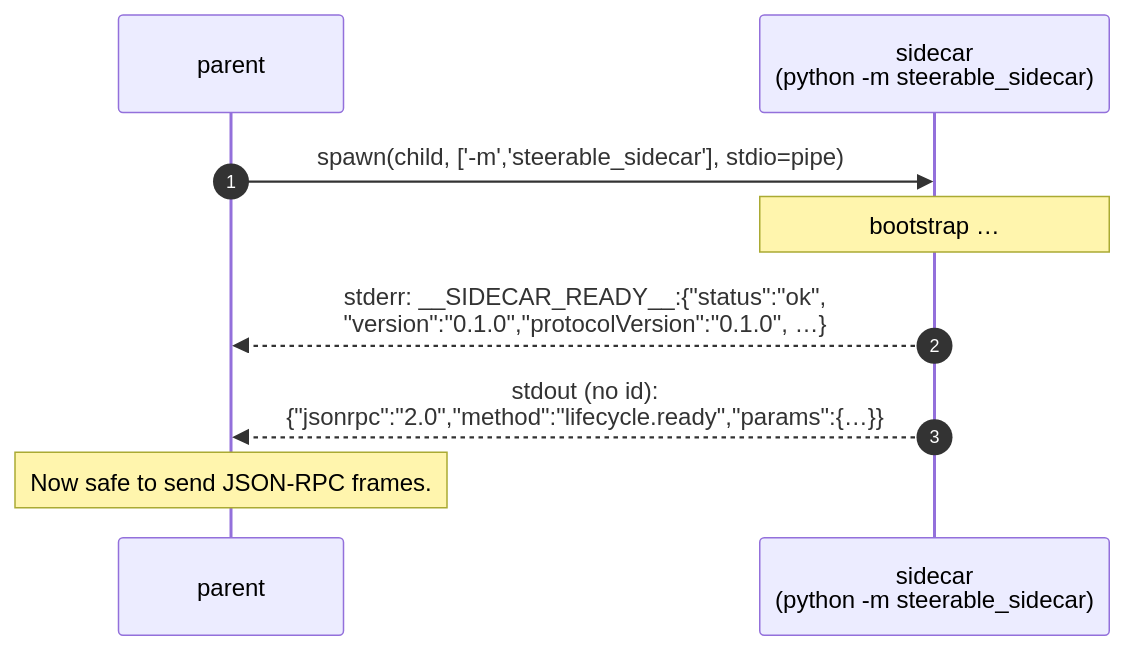
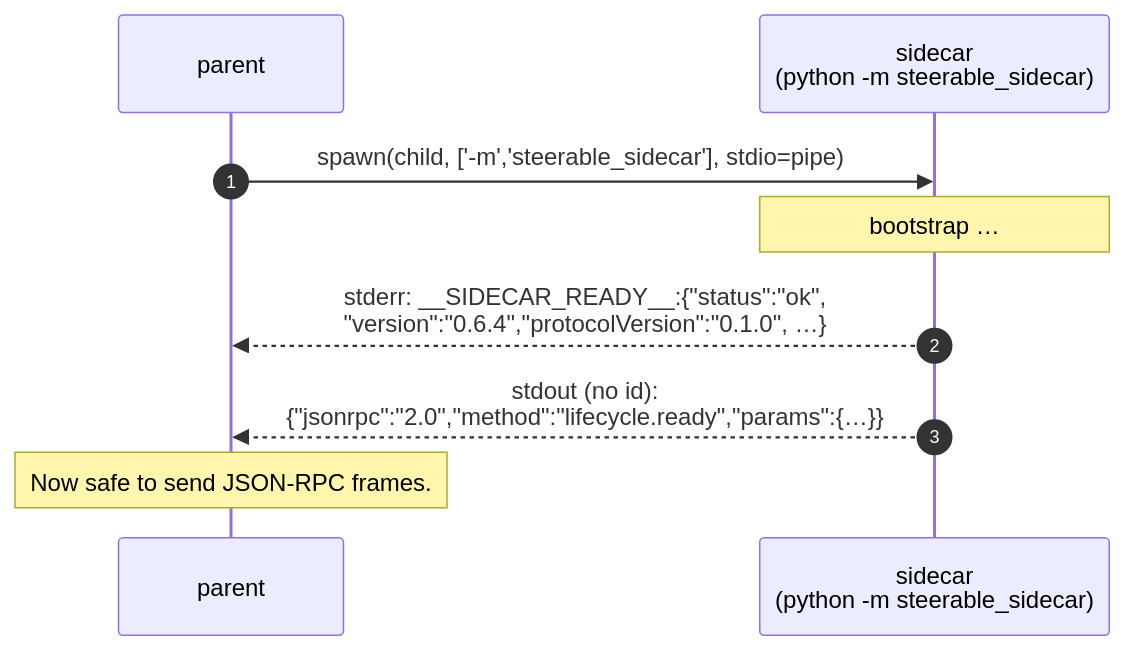
Before and after one commit to pathlyapp/opensteerable: the diagram in docs/spec/sidecar.md, drawn with Mermaid. The commit also changed other lines of this file and 9 other files, not shown here.

````diff
--- a/docs/spec/sidecar.md
+++ b/docs/spec/sidecar.md
@@ -17,12 +17,12 @@
 ```mermaid
 sequenceDiagram
     autonumber
     participant P as parent
     participant S as sidecar<br/>(python -m steerable_sidecar)
 
     P->>S: spawn(child, ['-m','steerable_sidecar'], stdio=pipe)
     Note over S: bootstrap …
-    S-->>P: stderr: __SIDECAR_READY__:{"status":"ok",<br/>"version":"0.1.0","protocolVersion":"0.1.0", …}
+    S-->>P: stderr: __SIDECAR_READY__:{"status":"ok",<br/>"version":"0.6.4","protocolVersion":"0.1.0", …}
     S-->>P: stdout (no id):<br/>{"jsonrpc":"2.0","method":"lifecycle.ready","params":{…}}
     Note over P: Now safe to send JSON-RPC frames.
 ```
````
